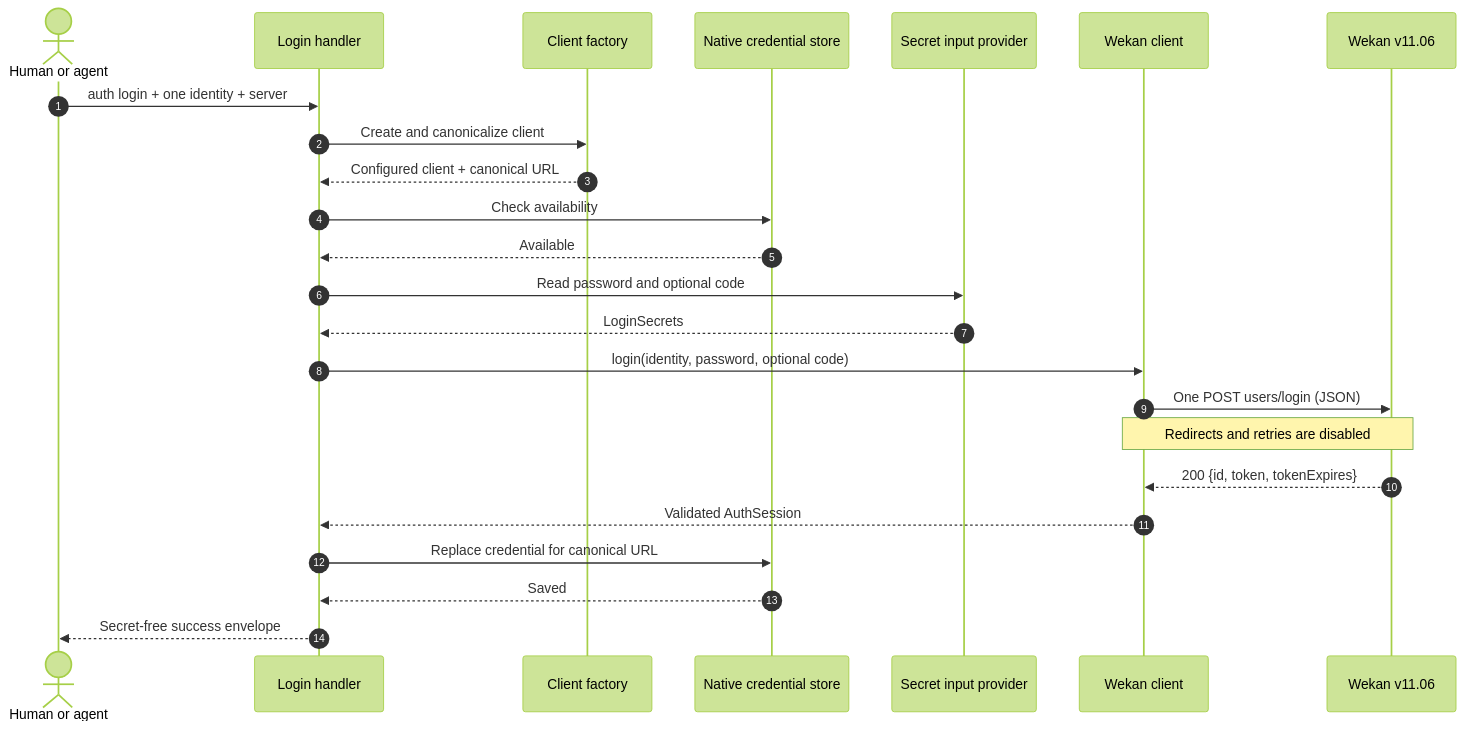
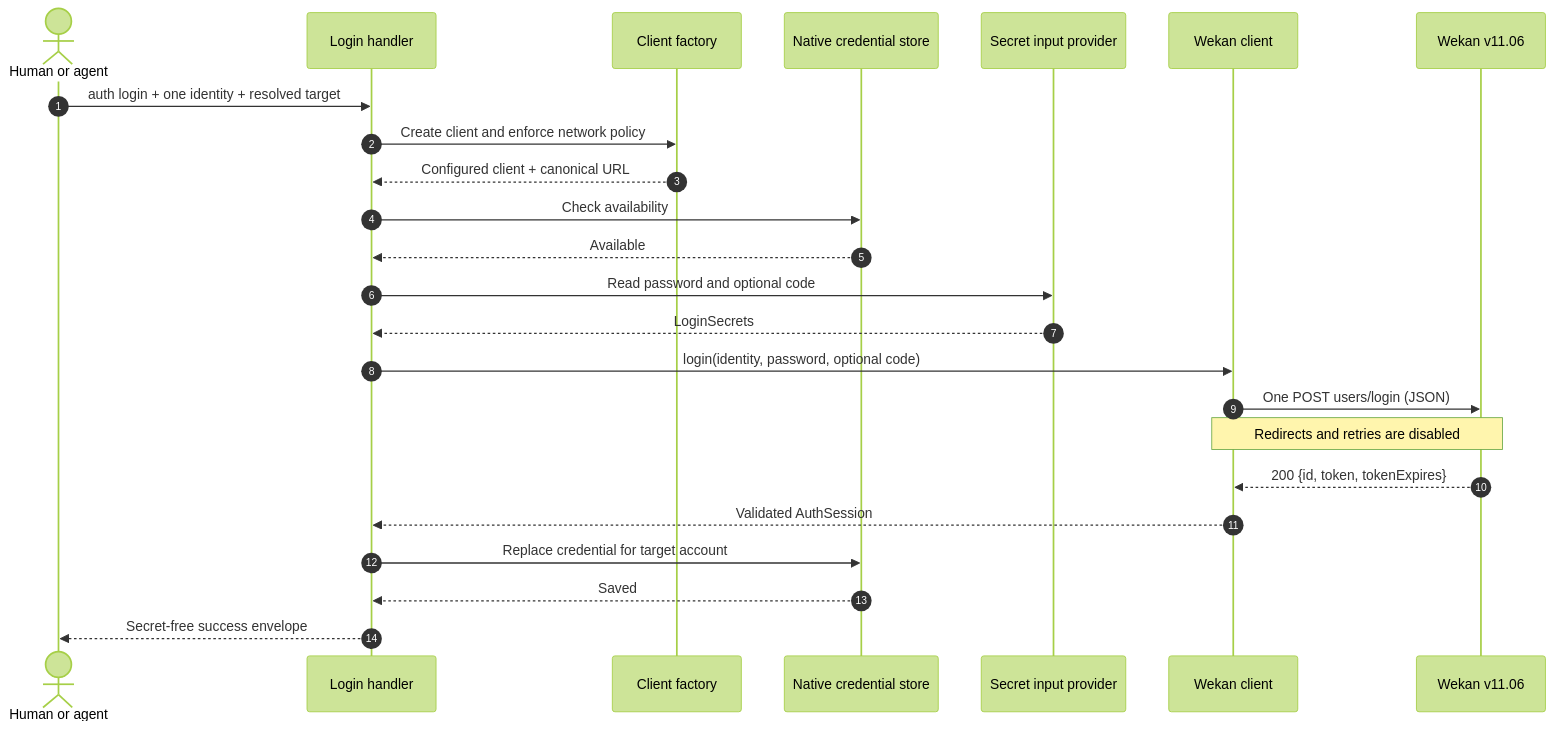
One commit to AhmedLukman/wekan-cli changed the third of 11 diagrams in docs/auth-architecture.md. Above: the diagram before and after it, drawn with Mermaid (forest theme). The commit also changed other lines of this file and 35 other files, not shown here.

````diff
--- a/docs/auth-architecture.md
+++ b/docs/auth-architecture.md
@@ -126,27 +173,27 @@
 ```mermaid
 sequenceDiagram
     autonumber
     actor Caller as Human or agent
     participant Handler as Login handler
     participant Factory as Client factory
     participant Vault as Native credential store
     participant Secrets as Secret input provider
     participant Client as Wekan client
     participant Wekan as Wekan v11.06
 
-    Caller->>Handler: auth login + one identity + server
-    Handler->>Factory: Create and canonicalize client
+    Caller->>Handler: auth login + one identity + resolved target
+    Handler->>Factory: Create client and enforce network policy
     Factory-->>Handler: Configured client + canonical URL
     Handler->>Vault: Check availability
     Vault-->>Handler: Available
     Handler->>Secrets: Read password and optional code
     Secrets-->>Handler: LoginSecrets
     Handler->>Client: login(identity, password, optional code)
     Client->>Wekan: One POST users/login (JSON)
     Note over Client,Wekan: Redirects and retries are disabled
     Wekan-->>Client: 200 {id, token, tokenExpires}
     Client-->>Handler: Validated AuthSession
-    Handler->>Vault: Replace credential for canonical URL
+    Handler->>Vault: Replace credential for target account
     Vault-->>Handler: Saved
     Handler-->>Caller: Secret-free success envelope
 ```
````
